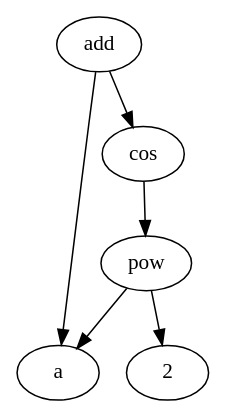
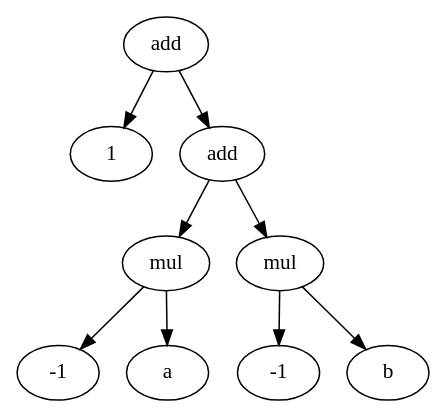
One commit to structure-computation/METIL-lang changed the diagram in res.dot. Above: the diagram before and after it, drawn with Graphviz. The commit also changed 41 other files, not shown here.

```diff
--- a/res.dot
+++ b/res.dot
@@ -1,12 +1,19 @@
 digraph popoterie {
-    node0x8315130 [label="add"];
-    node0x8315130 -> node0x830fbc8 [color=black];
-    node0x830fbc8 [label="a"];
-    node0x8315130 -> node0x8314f60 [color=black];
-    node0x8314f60 [label="cos"];
-    node0x8314f60 -> node0x8315098 [color=black];
-    node0x8315098 [label="pow"];
-    node0x8315098 -> node0x830fbc8 [color=black];
-    node0x8315098 -> node0x83150e8 [color=black];
-    node0x83150e8 [label="2"];
+    node0x82dbc68 [label="add"];
+    node0x82dbc68 -> node0x82dbb30 [color=black];
+    node0x82dbb30 [label="1"];
+    node0x82dbc68 -> node0x82dbc30 [color=black];
+    node0x82dbc30 [label="add"];
+    node0x82dbc30 -> node0x82db9a0 [color=black];
+    node0x82db9a0 [label="mul"];
+    node0x82db9a0 -> node0x82db958 [color=black];
+    node0x82db958 [label="-1"];
+    node0x82db9a0 -> node0x82da510 [color=black];
+    node0x82da510 [label="a"];
+    node0x82dbc30 -> node0x82dbbf8 [color=black];
+    node0x82dbbf8 [label="mul"];
+    node0x82dbbf8 -> node0x82dbbb0 [color=black];
+    node0x82dbbb0 [label="-1"];
+    node0x82dbbf8 -> node0x82db040 [color=black];
+    node0x82db040 [label="b"];
 }
```
